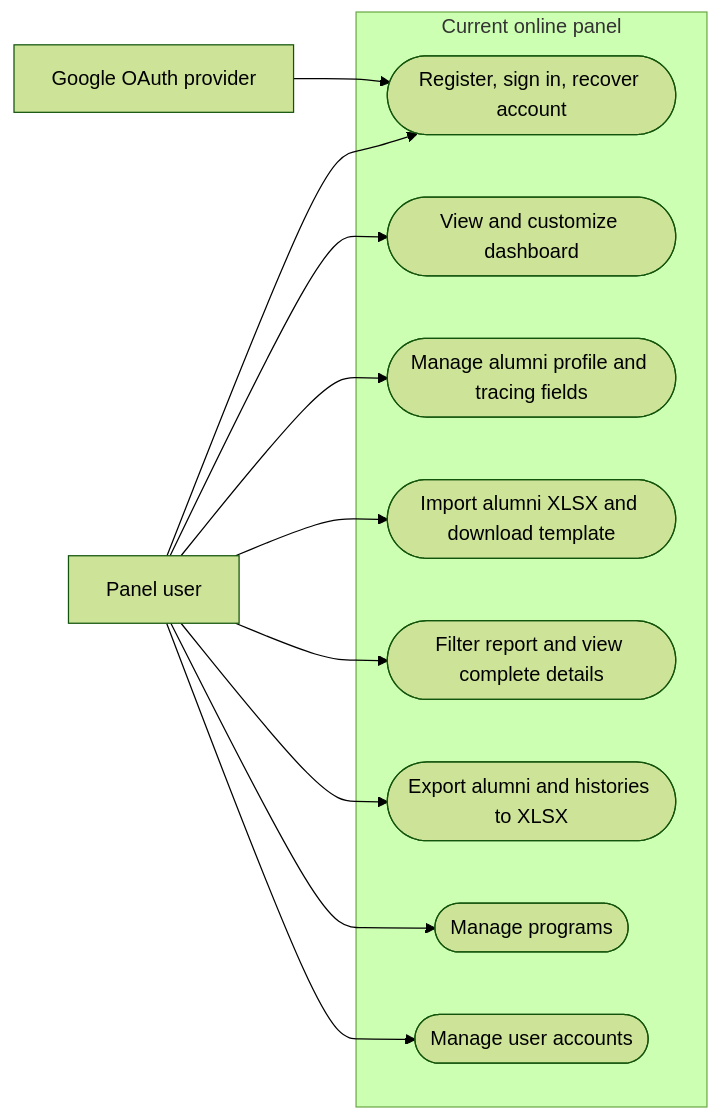
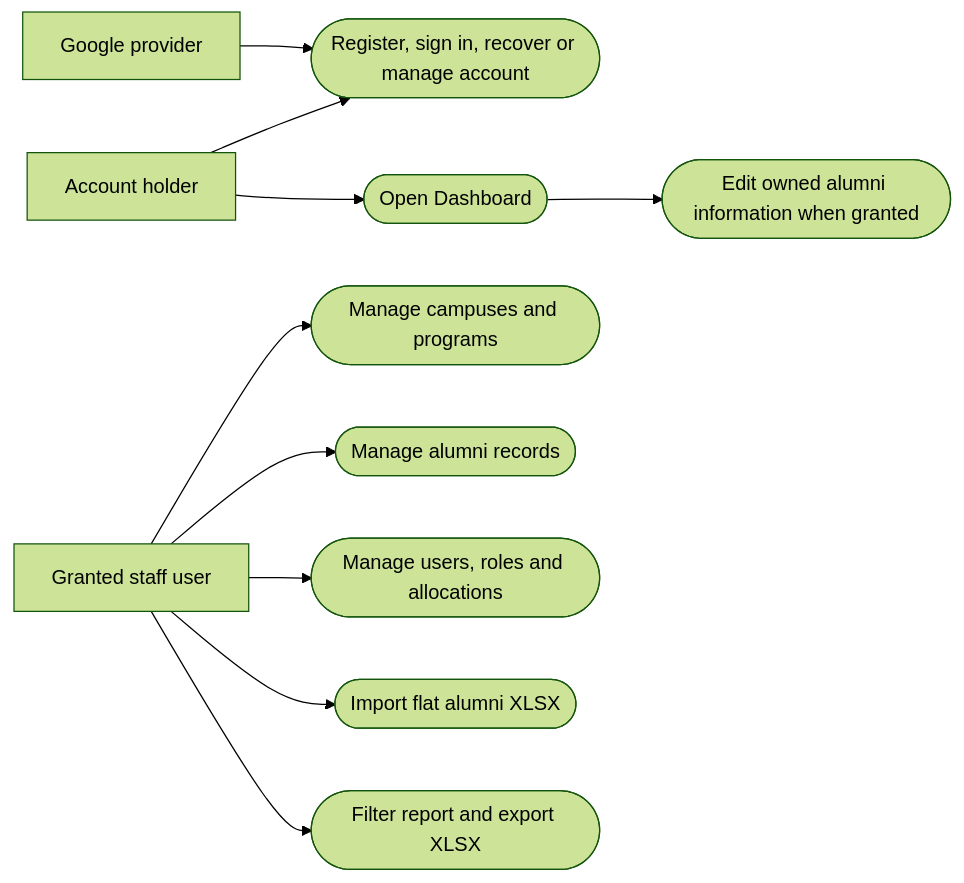
One commit to zrlldy/alumni-tracer changed the first of 4 diagrams in object-modeling.md. Above: the diagram before and after it, drawn with Mermaid (forest theme). The commit also changed other lines of this file and 4 other files, not shown here.

````diff
--- a/object-modeling.md
+++ b/object-modeling.md
@@ -30,24 +7,12 @@
-```mermaid
+~~~mermaid
 flowchart LR
-    U[Panel user]
-    G[Google OAuth provider]
-    subgraph P[Current online panel]
-        A([Register, sign in, recover account])
-        D([View and customize dashboard])
-        C([Manage alumni profile and tracing fields])
-        I([Import alumni XLSX and download template])
-        R([Filter report and view complete details])
-        X([Export alumni and histories to XLSX])
-        PR([Manage programs])
-        US([Manage user accounts])
-    end
-    U --> A
-    U --> D
-    U --> C
-    U --> I
-    U --> R
-    U --> X
-    U --> PR
-    U --> US
-    G --> A
-```
+    A[Account holder] --> Login([Register, sign in, recover or manage account])
+    A --> Dash([Open Dashboard])
+    Dash --> Form([Edit owned alumni information when granted])
+    Staff[Granted staff user] --> Catalog([Manage campuses and programs])
+    Staff --> Directory([Manage alumni records])
+    Staff --> Access([Manage users, roles and allocations])
+    Staff --> Import([Import flat alumni XLSX])
+    Staff --> Report([Filter report and export XLSX])
+    G[Google provider] --> Login
+~~~
````
